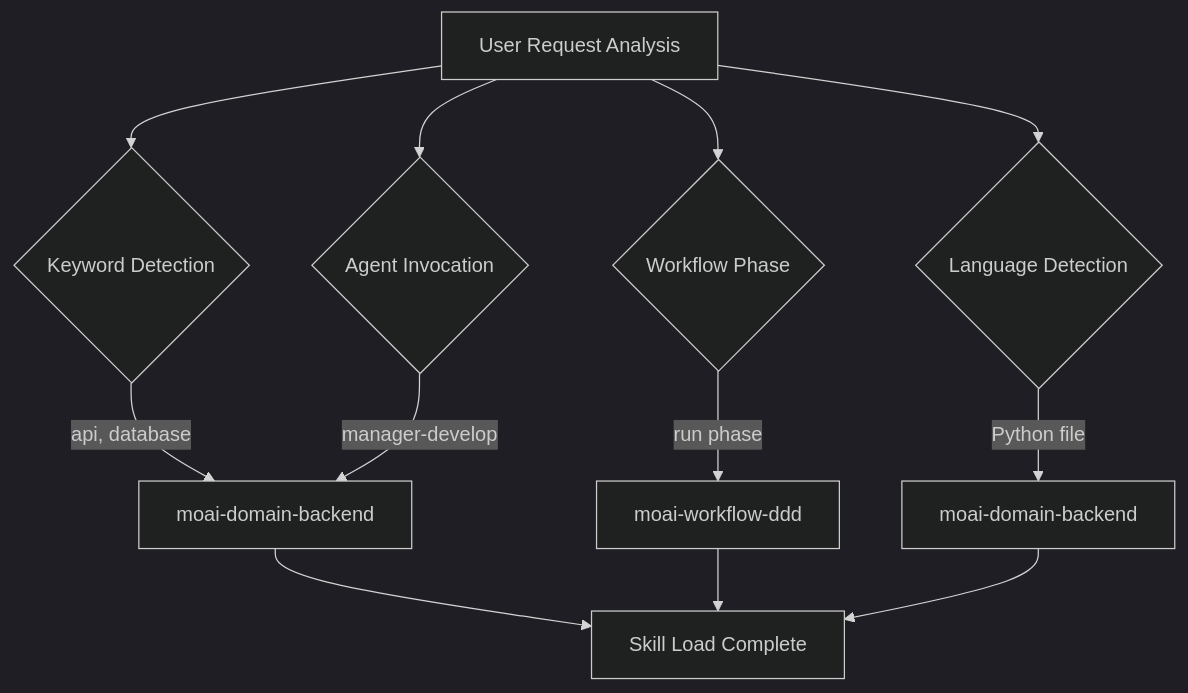
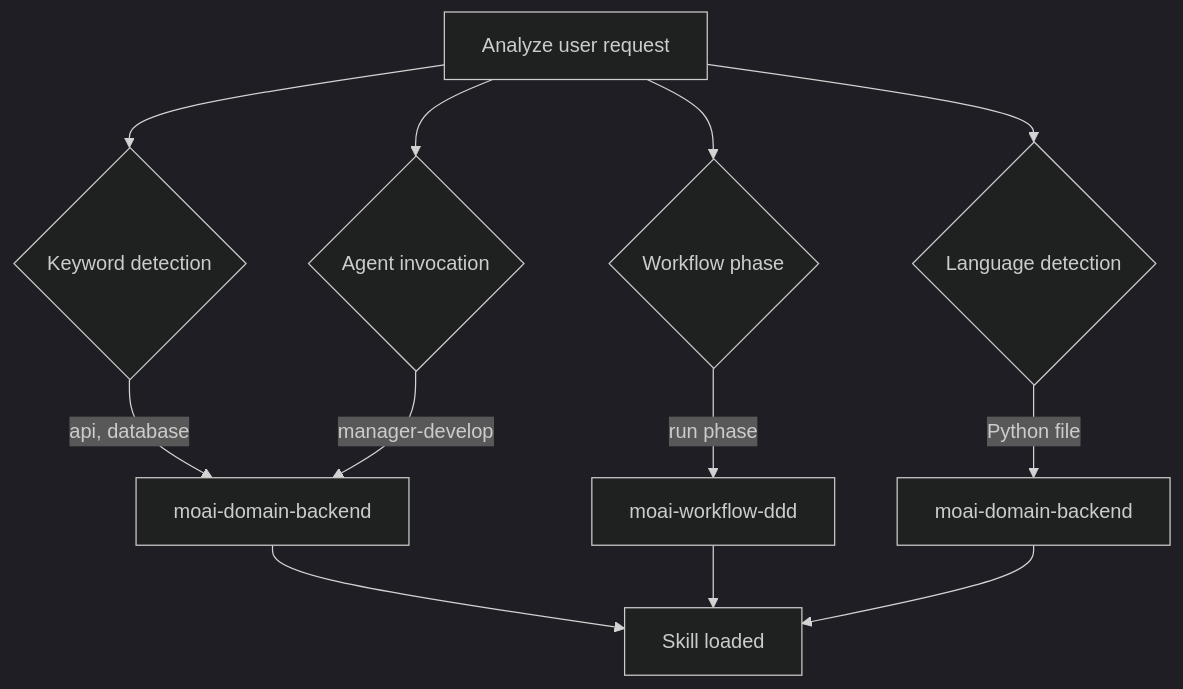
Before and after one commit to modu-ai/moai-adk: the third of 4 diagrams in docs-site/content/en/advanced/skill-guide.md, drawn with Mermaid (dark theme). The commit also changed other lines of this file and 395 other files, not shown here.

````diff
--- a/docs-site/content/en/advanced/skill-guide.md
+++ b/docs-site/content/en/advanced/skill-guide.md
@@ -156,16 +158,16 @@
 ```mermaid
 flowchart TD
-    REQ[User Request Analysis] --> KW{Keyword Detection}
-    REQ --> AG{Agent Invocation}
-    REQ --> PH{Workflow Phase}
-    REQ --> LN{Language Detection}
+    REQ[Analyze user request] --> KW{Keyword detection}
+    REQ --> AG{Agent invocation}
+    REQ --> PH{Workflow phase}
+    REQ --> LN{Language detection}
 
     KW -->|"api, database"| SKILL1[moai-domain-backend]
     AG -->|"manager-develop"| SKILL1
     PH -->|"run phase"| SKILL2[moai-workflow-ddd]
     LN -->|"Python file"| SKILL3[moai-domain-backend]
 
-    SKILL1 --> LOAD[Skill Load Complete]
+    SKILL1 --> LOAD[Skill loaded]
     SKILL2 --> LOAD
     SKILL3 --> LOAD
 ```
````
